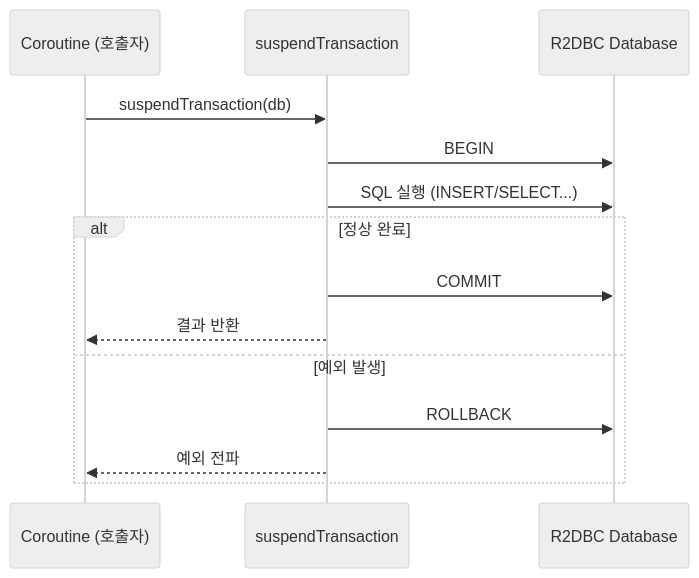
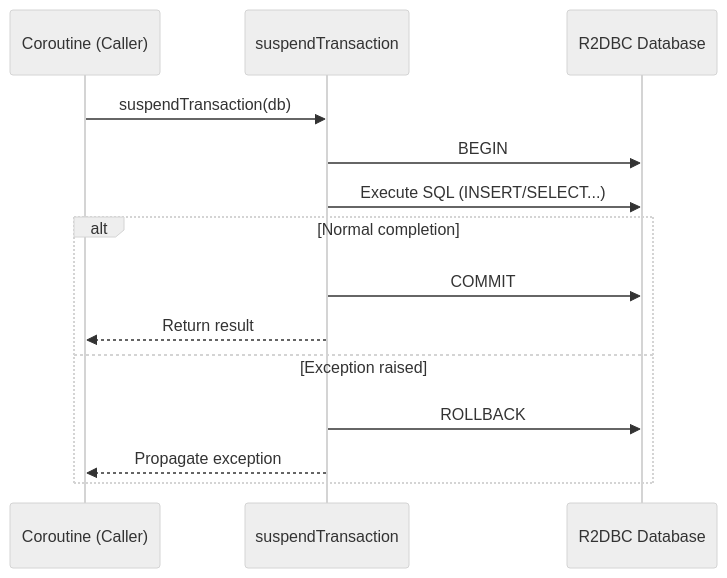
Before and after one commit to bluetape4k/exposed-r2dbc-workshop: the first of 3 diagrams in 05-exposed-r2dbc-dml/04-transactions/README.md, drawn with Mermaid (neutral theme). The commit also changed other lines of this file and 63 other files, not shown here.

First line of the commit message:
docs: 전 모듈 README Mermaid UML 추가 및 영/한 이중화

````diff
--- a/05-exposed-r2dbc-dml/04-transactions/README.md
+++ b/05-exposed-r2dbc-dml/04-transactions/README.md
@@ -28,17 +29,17 @@
 ```mermaid
 sequenceDiagram
-    participant C as Coroutine (호출자)
+    participant C as Coroutine (Caller)
     participant T as suspendTransaction
     participant DB as R2DBC Database
 
     C ->> T: suspendTransaction(db)
     T ->> DB: BEGIN
-    T ->> DB: SQL 실행 (INSERT/SELECT...)
-    alt 정상 완료
+    T ->> DB: Execute SQL (INSERT/SELECT...)
+    alt Normal completion
         T ->> DB: COMMIT
-        T -->> C: 결과 반환
-    else 예외 발생
+        T -->> C: Return result
+    else Exception raised
         T ->> DB: ROLLBACK
-        T -->> C: 예외 전파
+        T -->> C: Propagate exception
     end
 ```
````
